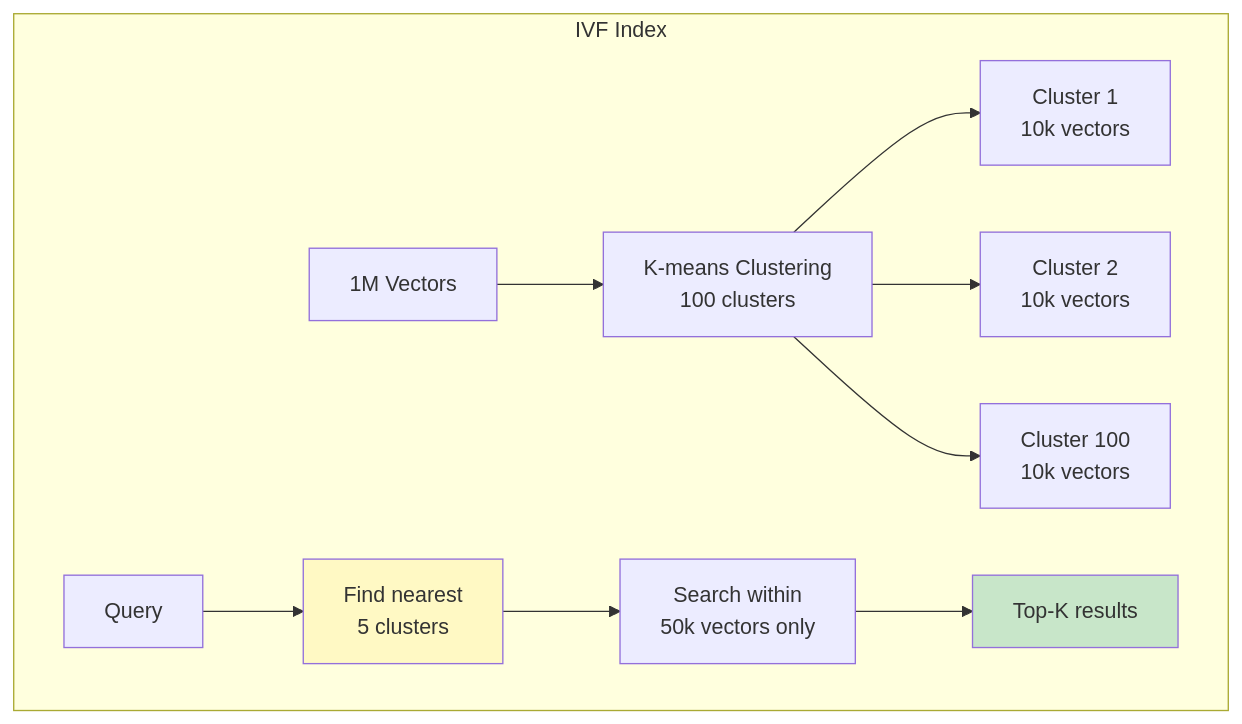
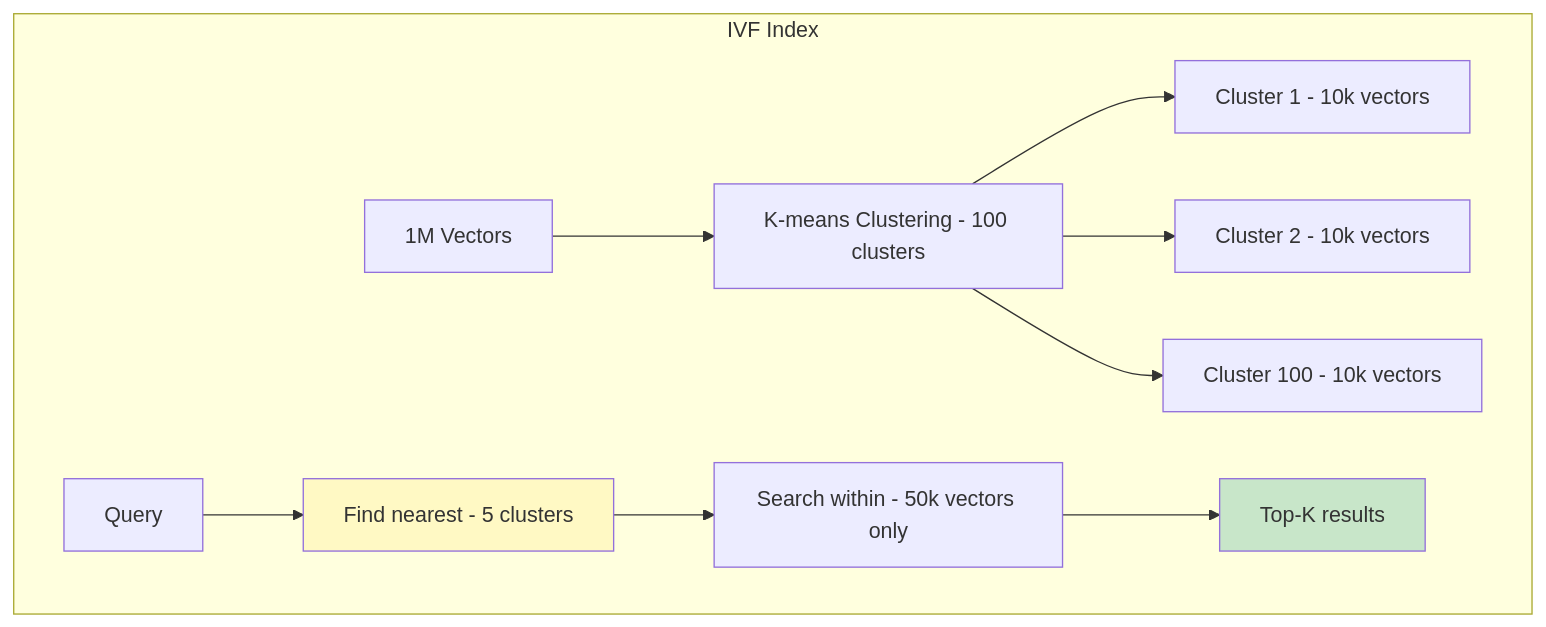
Before and after one commit to indhra/llm_rag_sec_findings: the sixth of 10 diagrams in docs/learning/04-vector-databases.md, drawn with Mermaid. The commit also changed other lines of this file and 9 other files, not shown here.

````diff
--- a/docs/learning/04-vector-databases.md
+++ b/docs/learning/04-vector-databases.md
@@ -196,16 +196,16 @@
 ```mermaid
 graph TD
     subgraph "IVF Index"
-        V[1M Vectors] --> K[K-means Clustering<br/>100 clusters]
-        K --> C1[Cluster 1<br/>10k vectors]
-        K --> C2[Cluster 2<br/>10k vectors]
-        K --> C100[Cluster 100<br/>10k vectors]
+        V[1M Vectors] --> K[K-means Clustering - 100 clusters]
+        K --> C1[Cluster 1 - 10k vectors]
+        K --> C2[Cluster 2 - 10k vectors]
+        K --> C100[Cluster 100 - 10k vectors]
         
-        Q[Query] --> F[Find nearest<br/>5 clusters]
-        F --> S[Search within<br/>50k vectors only]
+        Q[Query] --> F[Find nearest - 5 clusters]
+        F --> S[Search within - 50k vectors only]
         S --> R[Top-K results]
     end
     
     style F fill:#fff9c4
     style R fill:#c8e6c9
 ```
````
